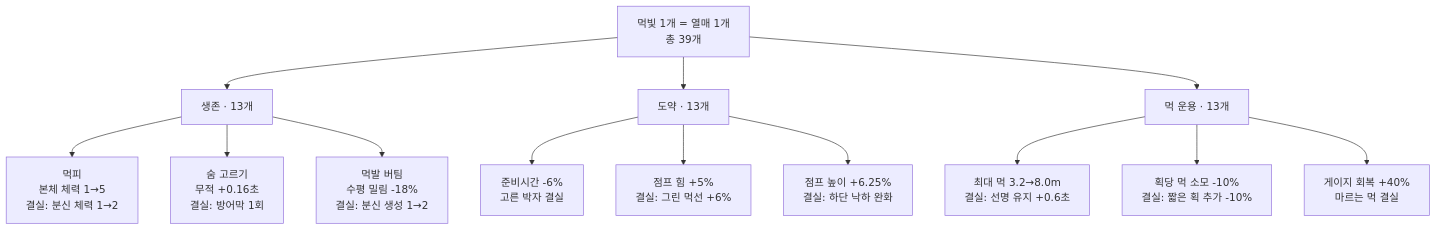
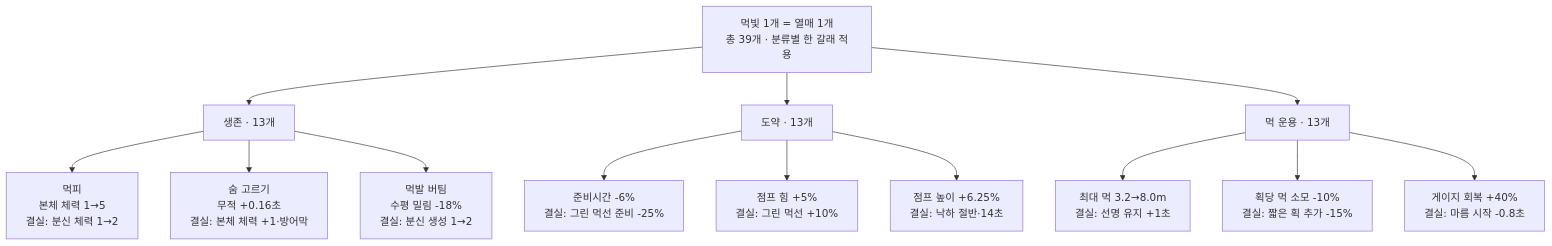
One commit to Team-Swooord/muk-jump changed the first of 2 diagrams in README.md. Above: the diagram before and after it, drawn with Mermaid. The commit also changed other lines of this file and 17 other files, not shown here.

````diff
--- a/README.md
+++ b/README.md
@@ -117,19 +119,19 @@
 ```mermaid
 flowchart TB
-    M["먹빛 1개 = 열매 1개<br/>총 39개"]
+    M["먹빛 1개 = 열매 1개<br/>총 39개 · 분류별 한 갈래 적용"]
 
     M --> S["생존 · 13개"]
     S --> SA["먹피<br/>본체 체력 1→5<br/>결실: 분신 체력 1→2"]
-    S --> SB["숨 고르기<br/>무적 +0.16초<br/>결실: 방어막 1회"]
+    S --> SB["숨 고르기<br/>무적 +0.16초<br/>결실: 본체 체력 +1·방어막"]
     S --> SC["먹발 버팀<br/>수평 밀림 -18%<br/>결실: 분신 생성 1→2"]
 
     M --> J["도약 · 13개"]
-    J --> JA["준비시간 -6%<br/>고른 박자 결실"]
-    J --> JB["점프 힘 +5%<br/>결실: 그린 먹선 +6%"]
-    J --> JC["점프 높이 +6.25%<br/>결실: 하단 낙하 완화"]
+    J --> JA["준비시간 -6%<br/>결실: 그린 먹선 준비 -25%"]
+    J --> JB["점프 힘 +5%<br/>결실: 그린 먹선 +10%"]
+    J --> JC["점프 높이 +6.25%<br/>결실: 낙하 절반·14초"]
 
     M --> I["먹 운용 · 13개"]
-    I --> IA["최대 먹 3.2→8.0m<br/>결실: 선명 유지 +0.6초"]
-    I --> IB["획당 먹 소모 -10%<br/>결실: 짧은 획 추가 -10%"]
-    I --> IC["게이지 회복 +40%<br/>마르는 먹 결실"]
+    I --> IA["최대 먹 3.2→8.0m<br/>결실: 선명 유지 +1초"]
+    I --> IB["획당 먹 소모 -10%<br/>결실: 짧은 획 추가 -15%"]
+    I --> IC["게이지 회복 +40%<br/>결실: 마름 시작 -0.8초"]
 ```
````
